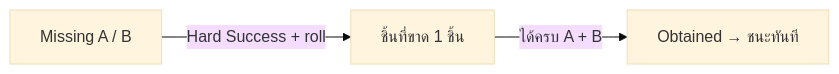
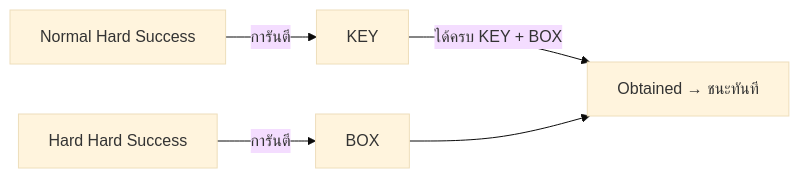
One commit to nopponaim603/clogged changed the diagram in docs/gdd/01-mechanics.md. Above: the diagram before and after it, drawn with Mermaid (base theme). The commit also changed other lines of this file and 54 other files, not shown here.

````diff
--- a/docs/gdd/01-mechanics.md
+++ b/docs/gdd/01-mechanics.md
@@ -231,5 +243,7 @@
 ```mermaid
 flowchart LR
-    L[Missing A / B] -->|Hard Success + roll| D[ชิ้นที่ขาด 1 ชิ้น]
-    D -->|ได้ครบ A + B| C[Obtained → ชนะทันที]
+    L[Normal Hard Success] -->|การันตี| K[KEY]
+    L2[Hard Hard Success] -->|การันตี| B[BOX]
+    K -->|ได้ครบ KEY + BOX| C[Obtained → ชนะทันที]
+    B --> C
 ```
````
